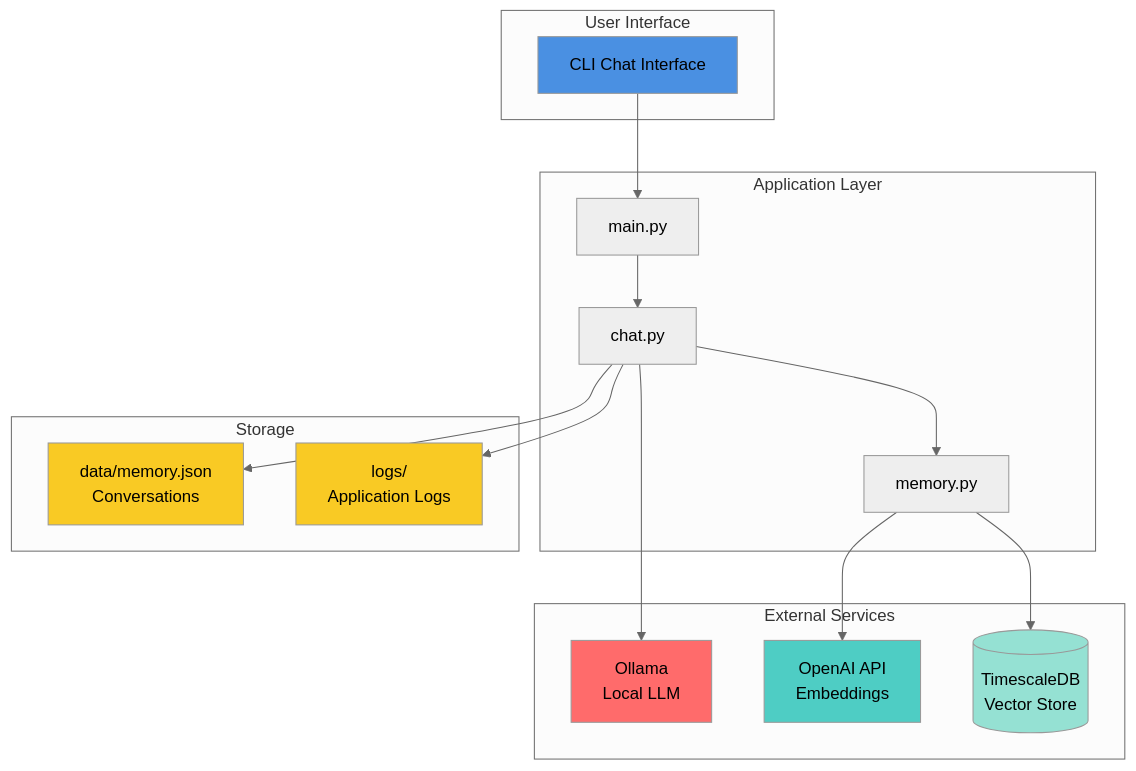
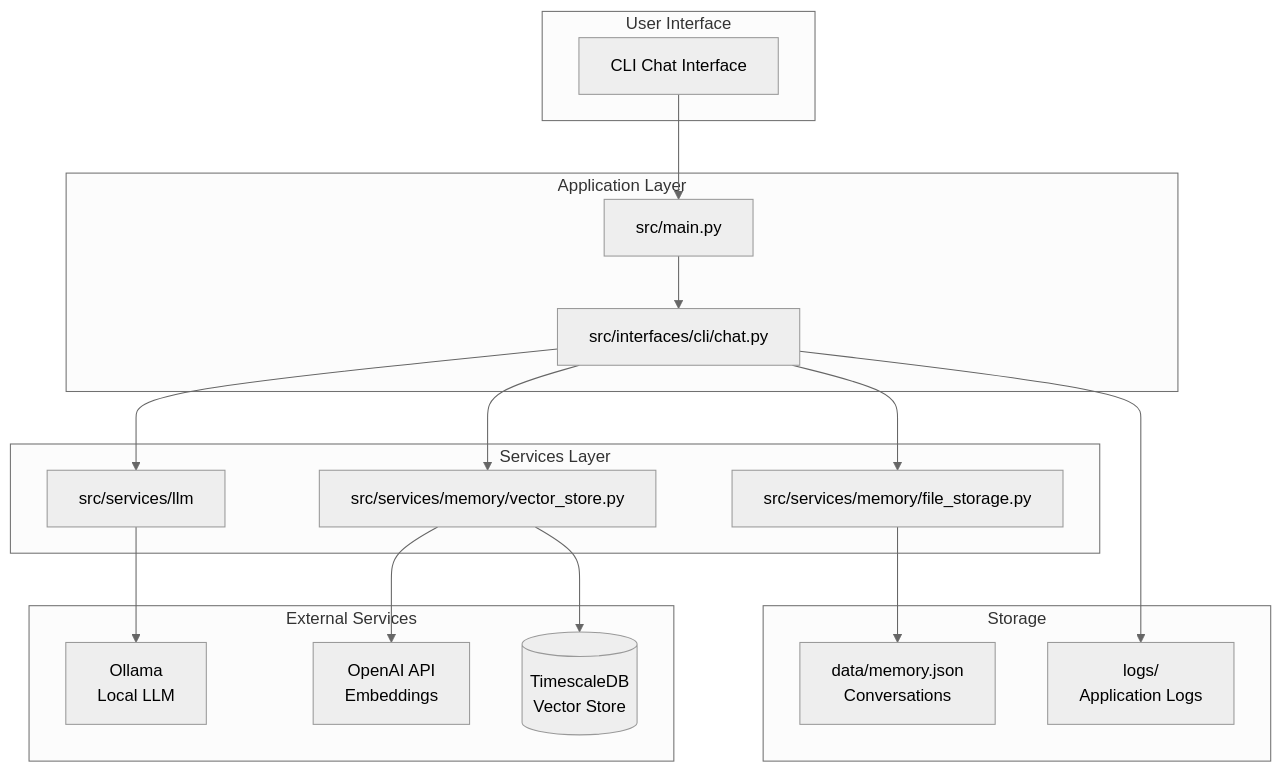
One commit to anchildress1/my-hermantic-agent changed the first of 4 diagrams in docs/system-architecture.md. Above: the diagram before and after it, drawn with Mermaid (neutral theme). The commit also changed other lines of this file and 44 other files, not shown here.

First line of the commit message:
refactor: restructure project to service-oriented architecture

````diff
--- a/docs/system-architecture.md
+++ b/docs/system-architecture.md
@@ -7,45 +7,45 @@
 ```mermaid
 ---
 config:
   accessibility:
     - label: System Architecture
     - description: System architecture and data flow
 ---
 graph TB
     subgraph "User Interface"
         CLI[CLI Chat Interface]
     end
 
     subgraph "Application Layer"
-        Main[main.py]
-        Chat[chat.py]
-        Memory[memory.py]
+        Main[src/main.py]
+        Chat[src/interfaces/cli/chat.py]
+    end
+
+    subgraph "Services Layer"
+        OllamaService[src/services/llm]
+        VectorStore[src/services/memory/vector_store.py]
+        FileStore[src/services/memory/file_storage.py]
     end
 
     subgraph "External Services"
         Ollama[Ollama<br/>Local LLM]
         OpenAI[OpenAI API<br/>Embeddings]
         TimescaleDB[(TimescaleDB<br/>Vector Store)]
     end
 
     subgraph "Storage"
         JSON[data/memory.json<br/>Conversations]
         Logs[logs/<br/>Application Logs]
     end
 
     CLI --> Main
     Main --> Chat
-    Chat --> Memory
-    Chat --> Ollama
-    Chat --> JSON
+    Chat --> OllamaService
+    Chat --> VectorStore
+    Chat --> FileStore
+    OllamaService --> Ollama
+    FileStore --> JSON
     Chat --> Logs
-    Memory --> OpenAI
-    Memory --> TimescaleDB
-
-    style CLI fill:#4A90E2
-    style Ollama fill:#FF6B6B
-    style OpenAI fill:#4ECDC4
-    style TimescaleDB fill:#95E1D3
-    style JSON fill:#F9CA24
-    style Logs fill:#F9CA24
+    VectorStore --> OpenAI
+    VectorStore --> TimescaleDB
 ```
````
